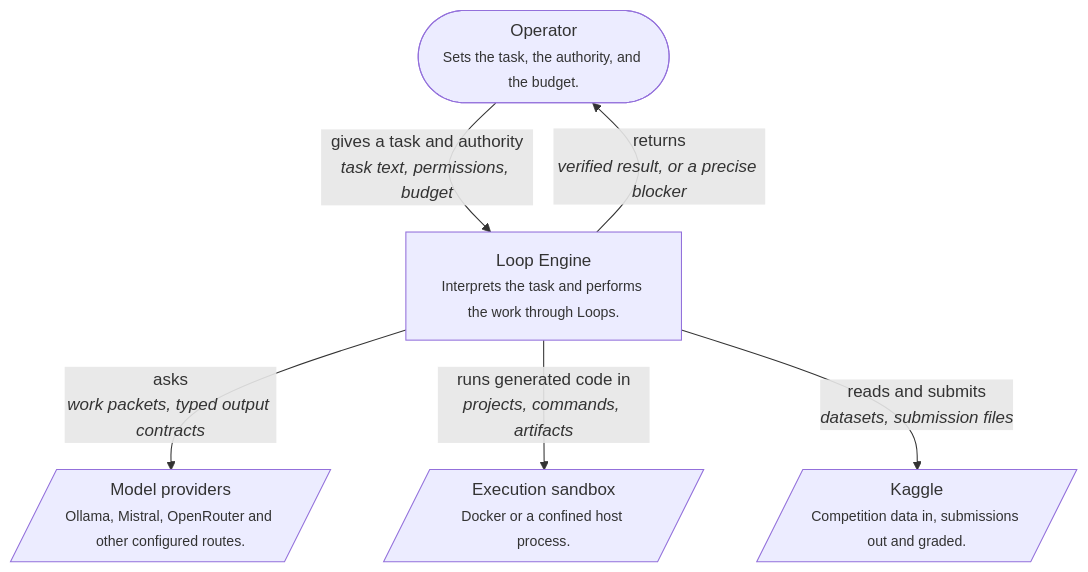
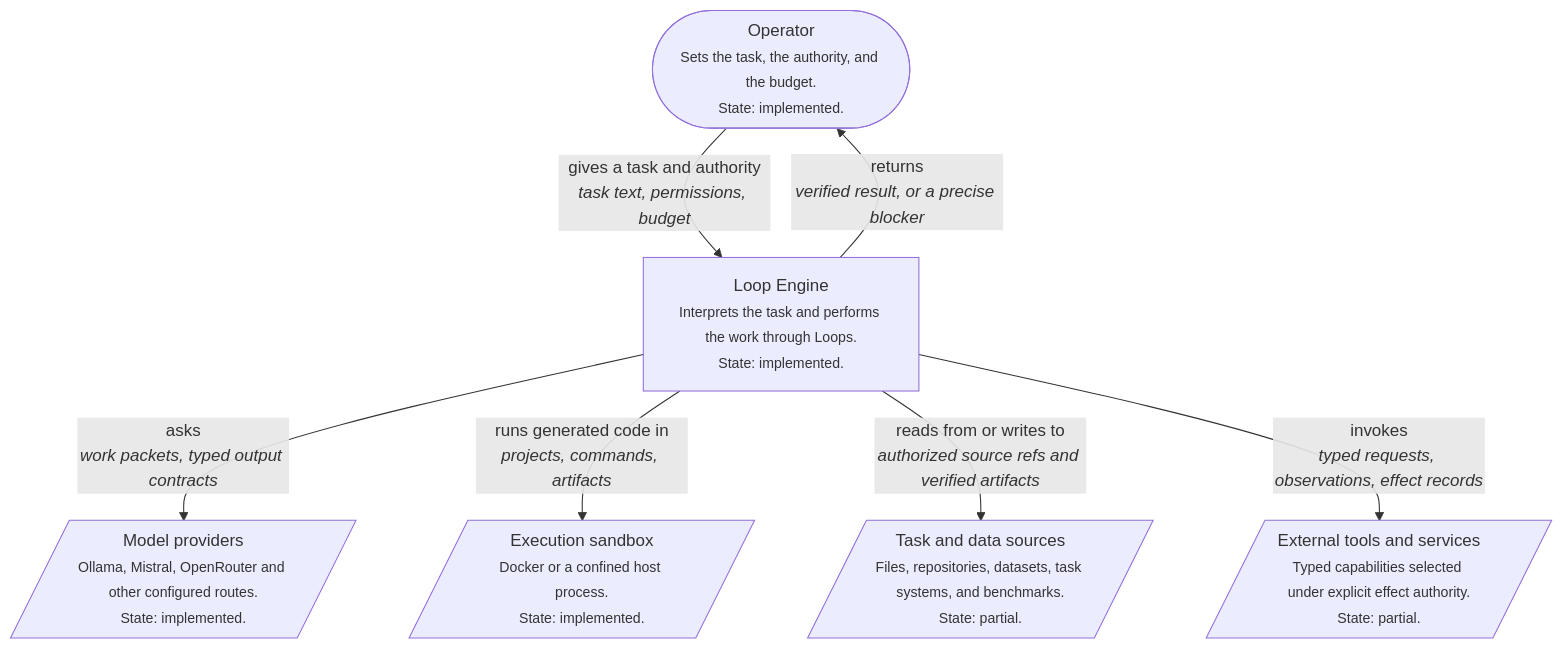
Before and after one commit to alisonjieli-png/loop-engine: the first of 7 diagrams in docs/ARCHITECTURE-DIAGRAMS.md, drawn with Mermaid. The commit also changed other lines of this file and 411 other files, not shown here.

````diff
--- a/docs/ARCHITECTURE-DIAGRAMS.md
+++ b/docs/ARCHITECTURE-DIAGRAMS.md
@@ -18,18 +79,20 @@
 ```mermaid
-%% Loop Engine in its setting — context level
+%% Loop Engine in its setting: context level
 %% Generated from the typed model; do not edit by hand.
 flowchart TD
-    operator(["Operator<br/><small>Sets the task, the authority, and the budget.</small>"])
-    engine["Loop Engine<br/><small>Interprets the task and performs the work through Loops.</small>"]
-    providers[/"Model providers<br/><small>Ollama, Mistral, OpenRouter and other configured routes.</small>"/]
-    sandbox[/"Execution sandbox<br/><small>Docker or a confined host process.</small>"/]
-    kaggle[/"Kaggle<br/><small>Competition data in, submissions out and graded.</small>"/]
+    operator(["Operator<br/><small>Sets the task, the authority, and the budget.</small><br/><small>State: implemented.</small>"])
+    engine["Loop Engine<br/><small>Interprets the task and performs the work through Loops.</small><br/><small>State: implemented.</small>"]
+    providers[/"Model providers<br/><small>Ollama, Mistral, OpenRouter and other configured routes.</small><br/><small>State: implemented.</small>"/]
+    sandbox[/"Execution sandbox<br/><small>Docker or a confined host process.</small><br/><small>State: implemented.</small>"/]
+    sources[/"Task and data sources<br/><small>Files, repositories, datasets, task systems, and benchmarks.</small><br/><small>State: partial.</small>"/]
+    tools[/"External tools and services<br/><small>Typed capabilities selected under explicit effect authority.</small><br/><small>State: partial.</small>"/]
 
     operator -->|"gives a task and authority<br/><i>task text, permissions, budget</i>"| engine
     engine -->|"asks<br/><i>work packets, typed output contracts</i>"| providers
     engine -->|"runs generated code in<br/><i>projects, commands, artifacts</i>"| sandbox
-    engine -->|"reads and submits<br/><i>datasets, submission files</i>"| kaggle
+    engine -->|"reads from or writes to<br/><i>authorized source refs and verified artifacts</i>"| sources
+    engine -->|"invokes<br/><i>typed requests, observations, effect records</i>"| tools
     engine -->|"returns<br/><i>verified result, or a precise blocker</i>"| operator
 
 %% What a run reaches outside itself.
 ```
````
